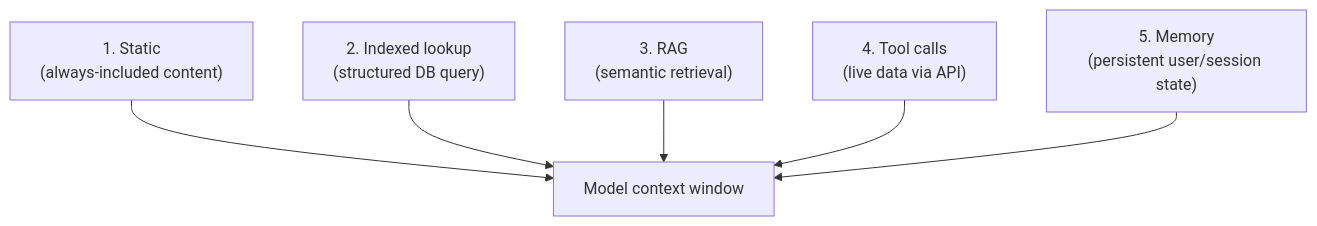
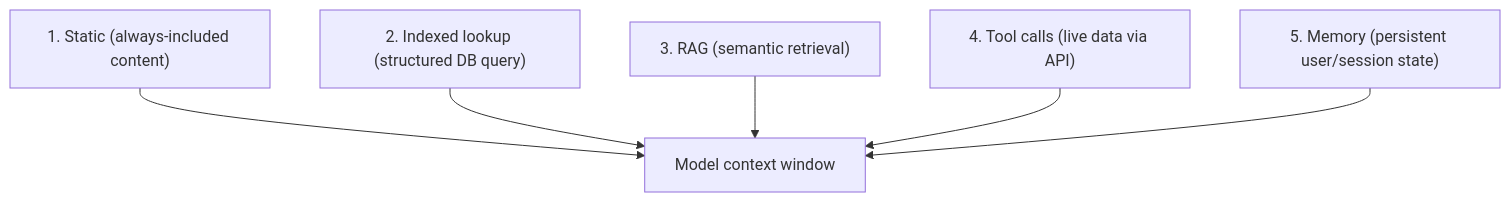
Before and after one commit to mjac-yue/ai-architecture-for-pms: the first of 2 diagrams in module-07-rag.md, drawn with Mermaid. The commit also changed other lines of this file and 15 other files, not shown here.

First line of the commit message:
Remove HTML tags from Mermaid node labels for Obsidian compatibility

````diff
--- a/module-07-rag.md
+++ b/module-07-rag.md
@@ -13,9 +13,9 @@
 ```mermaid
 flowchart TD
     M["Model context window"]
-    S["1. Static<br>(always-included content)"] --> M
-    I["2. Indexed lookup<br>(structured DB query)"] --> M
-    R["3. RAG<br>(semantic retrieval)"] --> M
-    T["4. Tool calls<br>(live data via API)"] --> M
-    Mem["5. Memory<br>(persistent user/session state)"] --> M
+    S["1. Static (always-included content)"] --> M
+    I["2. Indexed lookup (structured DB query)"] --> M
+    R["3. RAG (semantic retrieval)"] --> M
+    T["4. Tool calls (live data via API)"] --> M
+    Mem["5. Memory (persistent user/session state)"] --> M
 ```
````
